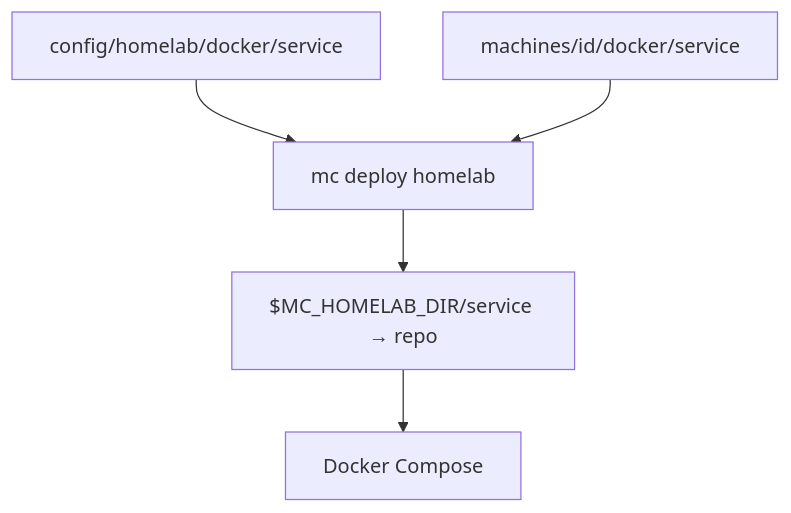
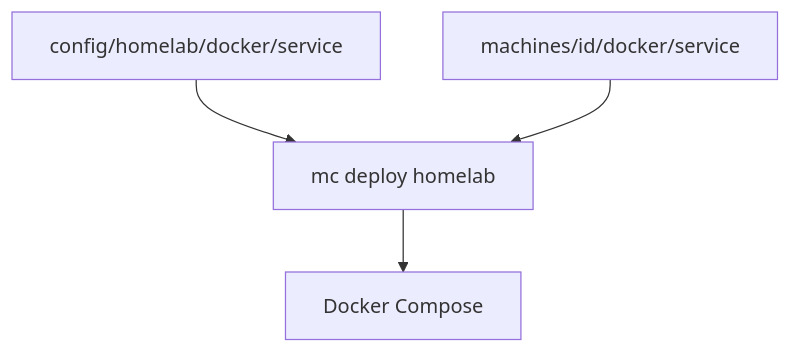
The diagram in config/homelab/README.md (mohdfareed/machine), drawn with Mermaid before and after one commit. The commit also changed other lines of this file and 37 other files, not shown here.

````diff
--- a/config/homelab/README.md
+++ b/config/homelab/README.md
@@ -98,7 +99,6 @@
 ```mermaid
 flowchart TD
     Shared["config/homelab/docker/service"] --> Deploy["mc deploy homelab"]
     Machine["machines/id/docker/service"] --> Deploy
-    Deploy --> Link["$MC_HOMELAB_DIR/service → repo"]
-    Link --> Compose["Docker Compose"]
+    Deploy --> Compose["Docker Compose"]
 ```
````
